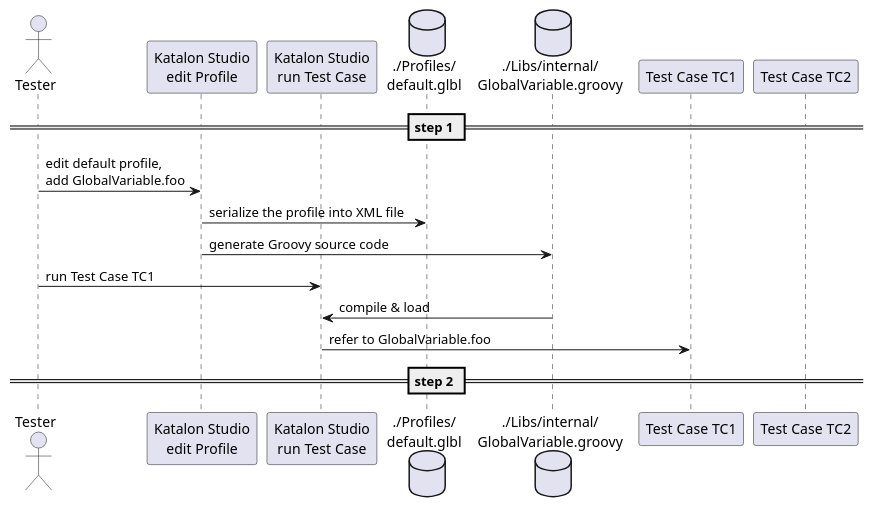
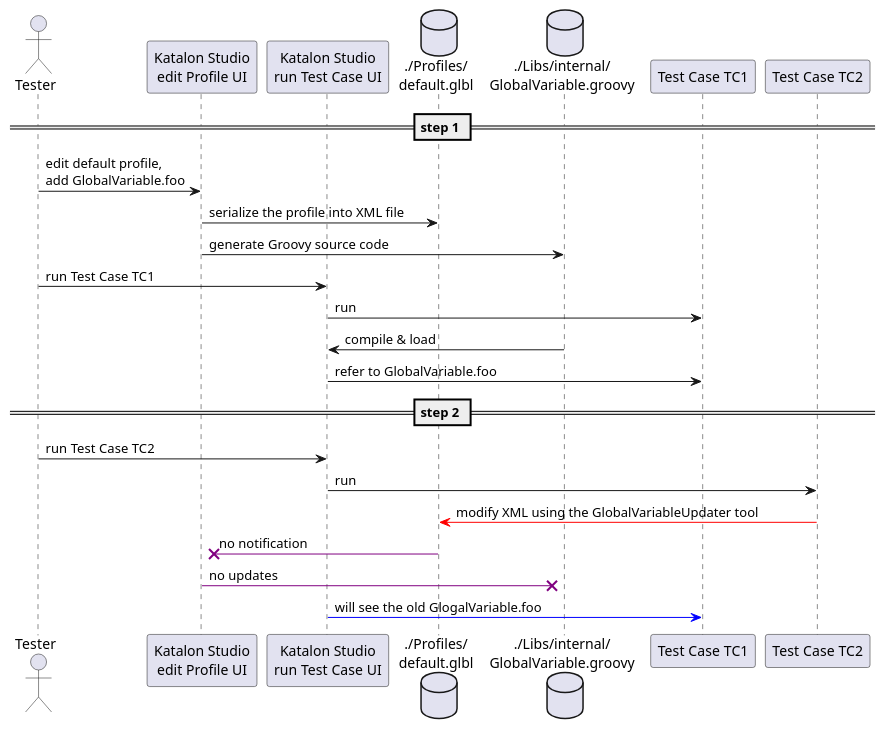
Before and after one commit to kazurayam/ConfiguringKatalonProjectWithJson: the diagram in docs/diagrams/src/sequence.pu, drawn with PlantUML. The commit also changed 1 other file, not shown here.

```diff
--- a/docs/diagrams/src/sequence.pu
+++ b/docs/diagrams/src/sequence.pu
@@ -1,20 +1,26 @@
 @startuml sequence
 actor       Tester        as tester
-participant "Katalon Studio\nedit Profile" as kspf
-participant "Katalon Studio\nrun Test Case" as kstc
+participant "Katalon Studio\nedit Profile UI" as kspf
+participant "Katalon Studio\nrun Test Case UI" as kstc
 database    "./Profiles/\ndefault.glbl" as glbl
 database    "./Libs/internal/\nGlobalVariable.groovy" as gvgr
 participant "Test Case TC1" as tc1
 participant "Test Case TC2" as tc2
 
 == step 1 ==
 tester -> kspf : edit default profile,\nadd GlobalVariable.foo
 kspf   -> glbl : serialize the profile into XML file
 kspf   -> gvgr : generate Groovy source code
 tester -> kstc : run Test Case TC1
+kstc   -> tc1  : run
 gvgr   -> kstc : compile & load
 kstc   -> tc1  : refer to GlobalVariable.foo
 
 == step 2 ==
-
+tester -> kstc : run Test Case TC2
+kstc   -> tc2  : run
+tc2    -[#red]> glbl : modify XML using the GlobalVariableUpdater tool
+glbl   -[#purple]>x kspf : no notification
+kspf   -[#purple]>x gvgr : no updates
+kstc   -[#blue]> tc1  : will see the old GlogalVariable.foo
 @enduml
```
